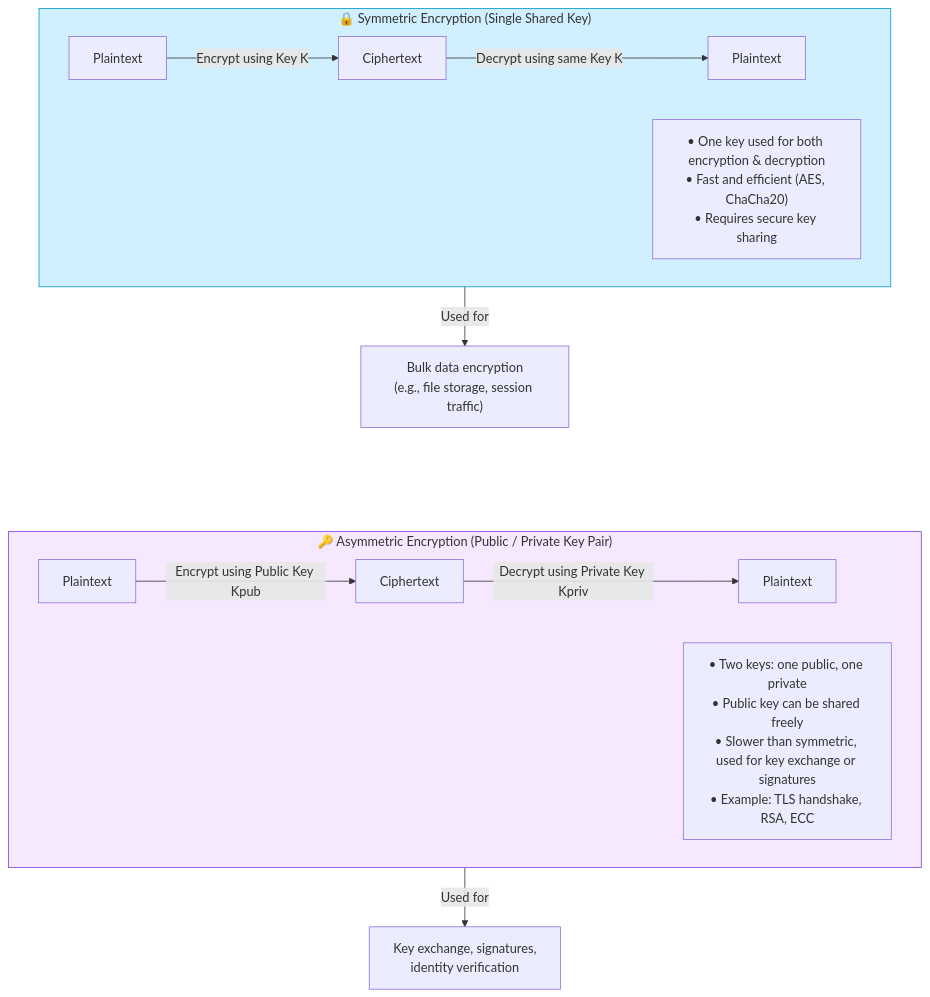
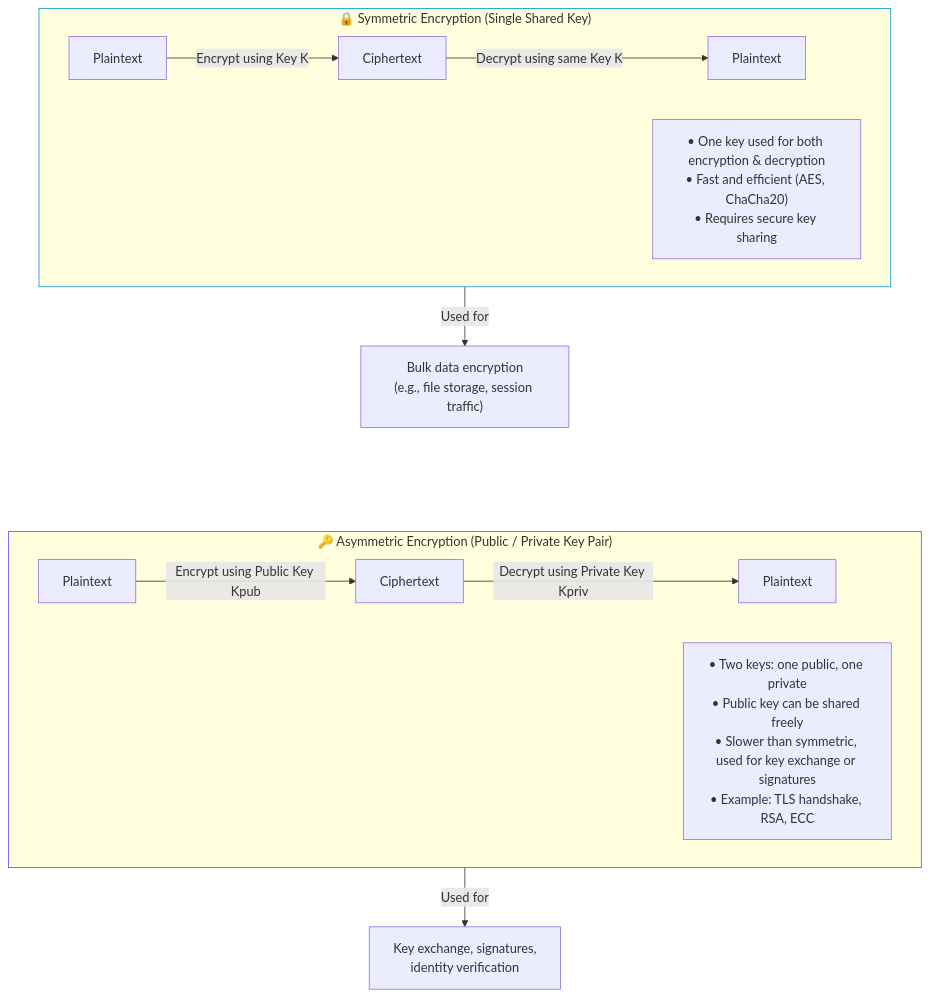
The diagram in diagrams/01-symmetric-asymmetric.mmd (irahulsawhney/crypto-concepts), drawn with Mermaid before and after one commit.

Commit message:
Update diagram layout

```diff
--- a/diagrams/01-symmetric-asymmetric.mmd
+++ b/diagrams/01-symmetric-asymmetric.mmd
@@ -1,21 +1,21 @@
 flowchart TB
     subgraph Symmetric_Encryption["🔒 Symmetric Encryption (Single Shared Key)"]
         A1[Plaintext] -->|Encrypt using Key K| B1[Ciphertext]
         B1 -->|Decrypt using same Key K| C1[Plaintext]
         N1["• One key used for both encryption & decryption<br/>• Fast and efficient (AES, ChaCha20)<br/>• Requires secure key sharing"]
     end
     Symmetric_Encryption -->|Used for| D1["Bulk data encryption\n(e.g., file storage, session traffic)"]
     
     D1 ~~~ separator1[ ]
     separator1 ~~~ Asymmetric_Encryption
     
     subgraph Asymmetric_Encryption["🔑 Asymmetric Encryption (Public / Private Key Pair)"]
         A2[Plaintext] -->|Encrypt using Public Key Kpub| B2[Ciphertext]
         B2 -->|Decrypt using Private Key Kpriv| C2[Plaintext]
         N2["• Two keys: one public, one private<br/>• Public key can be shared freely<br/>• Slower than symmetric, used for key exchange or signatures<br/>• Example: TLS handshake, RSA, ECC"]
     end
     Asymmetric_Encryption -->|Used for| D2["Key exchange, signatures,\nidentity verification"]
 
-    style Symmetric_Encryption fill:#d1f0ff,stroke:#0099cc,stroke-width:1px
-    style Asymmetric_Encryption fill:#f5e8ff,stroke:#7a42f4,stroke-width:1px
+    style Symmetric_Encryption stroke:#0099cc,stroke-width:1px
+    style Asymmetric_Encryption stroke:#7a42f4,stroke-width:1px
     style separator1 fill:none,stroke:none
```
